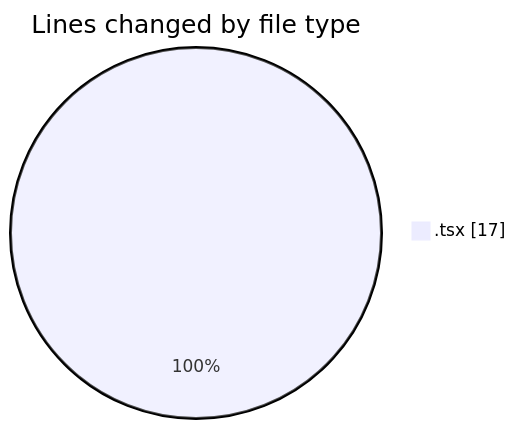
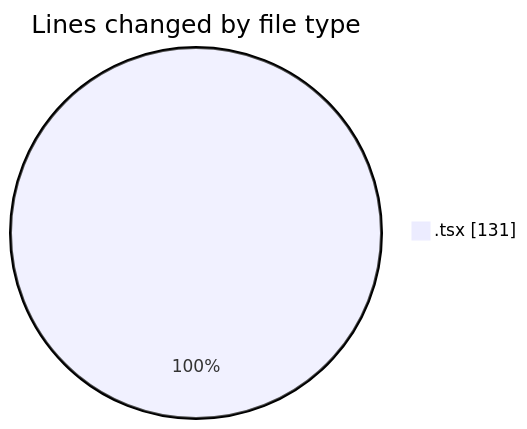
Before and after one commit to julien-gomy/code-tracking: the first of 2 diagrams in 2025-10-10/eventscop-frontend-guide__workspace_/README.md, drawn with Mermaid. The commit also changed other lines of this file and 1 other file, not shown here.

````diff
--- a/2025-10-10/eventscop-frontend-guide__workspace_/README.md
+++ b/2025-10-10/eventscop-frontend-guide__workspace_/README.md
@@ -20,5 +21,5 @@
 ```mermaid
 pie showData
 title Lines changed by file type
-".tsx" : 17
+".tsx" : 131
 ```
````
